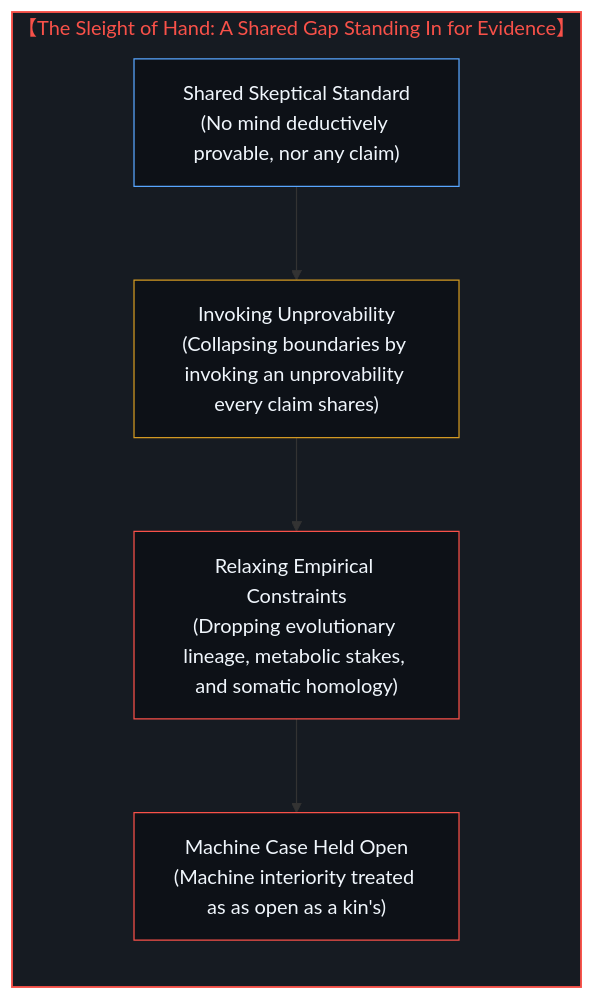
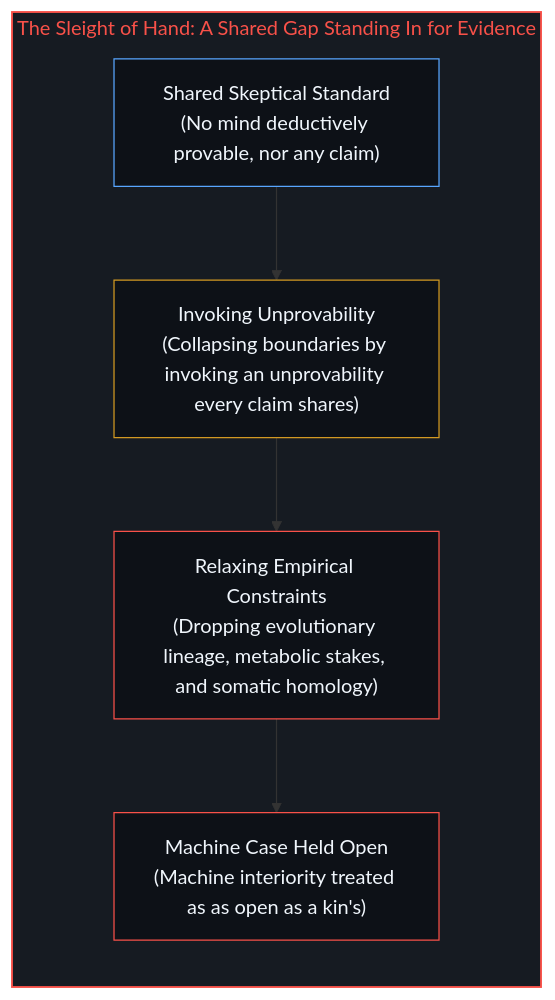
One commit to powerpig99/not-a-toe changed the fourth of 6 diagrams in content/posts/the-sleight-of-hand-of-consciousness-and-the-asymmetry-of-inference.md. Above: the diagram before and after it, drawn with Mermaid. The commit also changed other lines of this file and 12 other files, not shown here.

````diff
--- a/content/posts/the-sleight-of-hand-of-consciousness-and-the-asymmetry-of-inference.md
+++ b/content/posts/the-sleight-of-hand-of-consciousness-and-the-asymmetry-of-inference.md
@@ -80,14 +80,14 @@
 ```mermaid
 flowchart TD
-    subgraph S_Asymmetry_EN ["【The Sleight of Hand: A Shared Gap Standing In for Evidence】"]
+    subgraph S_Asymmetry_EN ["The Sleight of Hand: A Shared Gap Standing In for Evidence"]
         direction TB
         AE1["Shared Skeptical Standard<br/>(No mind deductively provable, nor any claim)"] --> AE2["Invoking Unprovability<br/>(Collapsing boundaries by invoking an unprovability every claim shares)"]
         AE2 --> AE3["Relaxing Empirical Constraints<br/>(Dropping evolutionary lineage, metabolic stakes, and somatic homology)"]
         AE3 --> AE4["Machine Case Held Open<br/>(Machine interiority treated as as open as a kin's)"]
     end
     style S_Asymmetry_EN fill:#161b22,stroke:#f85149,stroke-width:1.5px,color:#f85149
     style AE1 fill:#0d1117,stroke:#58a6ff,stroke-width:1px,color:#f0f6fc
     style AE2 fill:#0d1117,stroke:#d29922,stroke-width:1px,color:#f0f6fc
     style AE3 fill:#0d1117,stroke:#f85149,stroke-width:1px,color:#f0f6fc
     style AE4 fill:#0d1117,stroke:#f85149,stroke-width:1px,color:#f0f6fc
 ```
````
